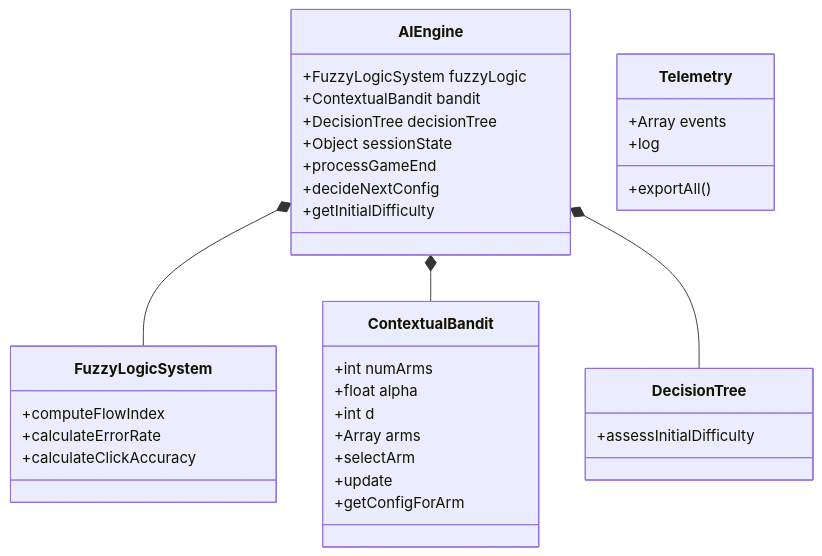
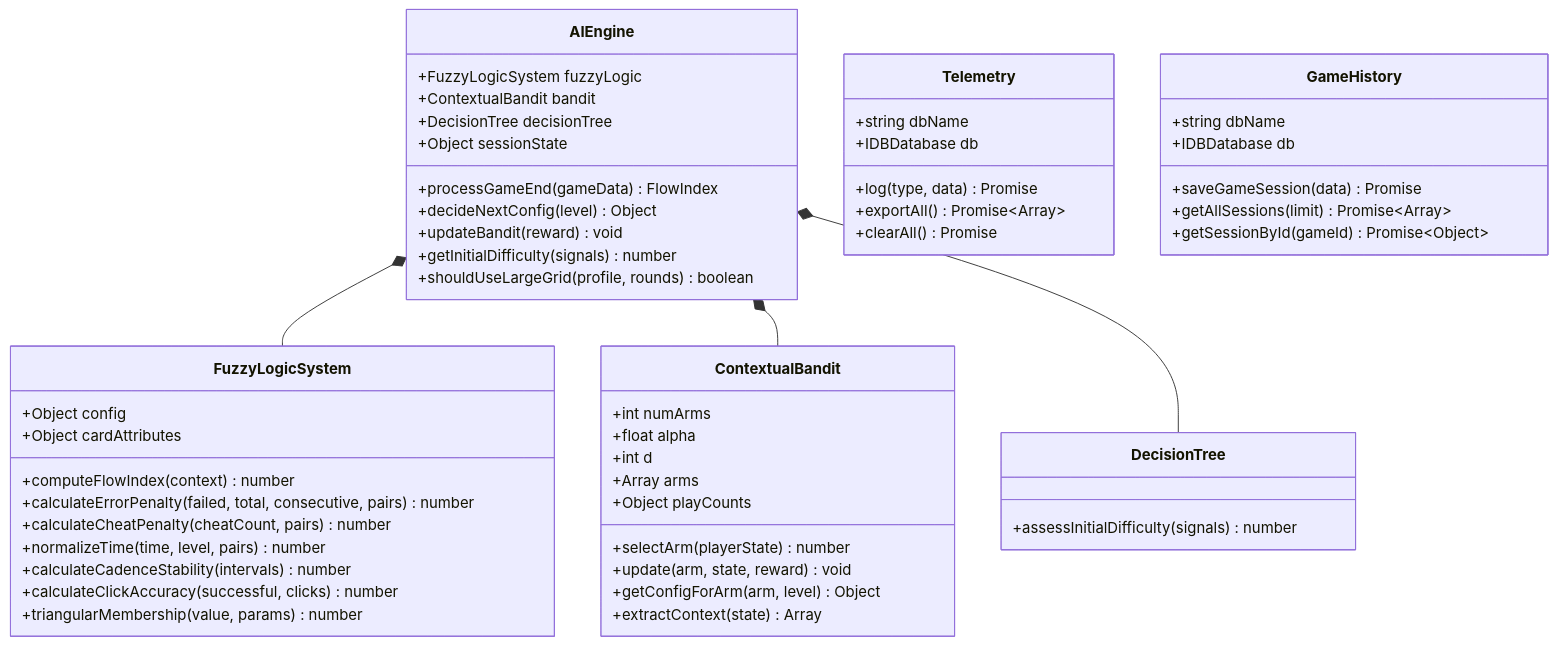
The seventh of 10 diagrams in docs/SYSTEM_DIAGRAMS.md (DDMYmia/Memory-Game-He-Maumahara), drawn with Mermaid before and after one commit. The commit also changed other lines of this file and 3 other files, not shown here.

````diff
--- a/docs/SYSTEM_DIAGRAMS.md
+++ b/docs/SYSTEM_DIAGRAMS.md
@@ -207,42 +298,62 @@
 ```mermaid
 classDiagram
     class AIEngine {
         +FuzzyLogicSystem fuzzyLogic
         +ContextualBandit bandit
         +DecisionTree decisionTree
         +Object sessionState
-        +processGameEnd
-        +decideNextConfig
-        +getInitialDifficulty
+        +processGameEnd(gameData) FlowIndex
+        +decideNextConfig(level) Object
+        +updateBandit(reward) void
+        +getInitialDifficulty(signals) number
+        +shouldUseLargeGrid(profile, rounds) boolean
+    }
+
+    class FuzzyLogicSystem {
+        +Object config
+        +Object cardAttributes
+        +computeFlowIndex(context) number
+        +calculateErrorPenalty(failed, total, consecutive, pairs) number
+        +calculateCheatPenalty(cheatCount, pairs) number
+        +normalizeTime(time, level, pairs) number
+        +calculateCadenceStability(intervals) number
+        +calculateClickAccuracy(successful, clicks) number
+        +triangularMembership(value, params) number
     }
 
     class ContextualBandit {
         +int numArms
         +float alpha
         +int d
         +Array arms
-        +selectArm
-        +update
-        +getConfigForArm
-    }
-
-    class FuzzyLogicSystem {
-        +computeFlowIndex
-        +calculateErrorRate
-        +calculateClickAccuracy
+        +Object playCounts
+        +selectArm(playerState) number
+        +update(arm, state, reward) void
+        +getConfigForArm(arm, level) Object
+        +extractContext(state) Array
     }
 
     class DecisionTree {
-        +assessInitialDifficulty
+        +assessInitialDifficulty(signals) number
     }
 
     class Telemetry {
-        +Array events
-        +log
-        +exportAll()
+        +string dbName
+        +IDBDatabase db
+        +log(type, data) Promise
+        +exportAll() Promise~Array~
+        +clearAll() Promise
+    }
+
+    class GameHistory {
+        +string dbName
+        +IDBDatabase db
+        +saveGameSession(data) Promise
+        +getAllSessions(limit) Promise~Array~
+        +getSessionById(gameId) Promise~Object~
     }
 
     AIEngine *-- FuzzyLogicSystem
     AIEngine *-- ContextualBandit
     AIEngine *-- DecisionTree
 ```
````
